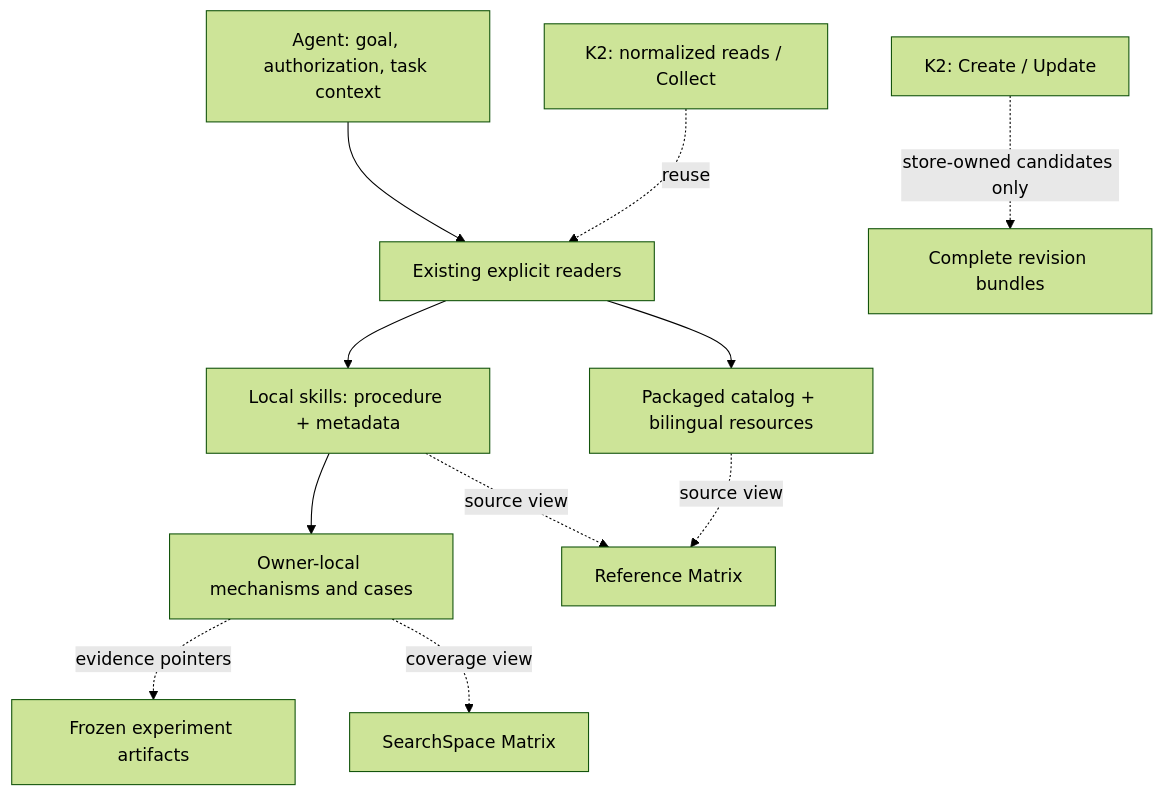
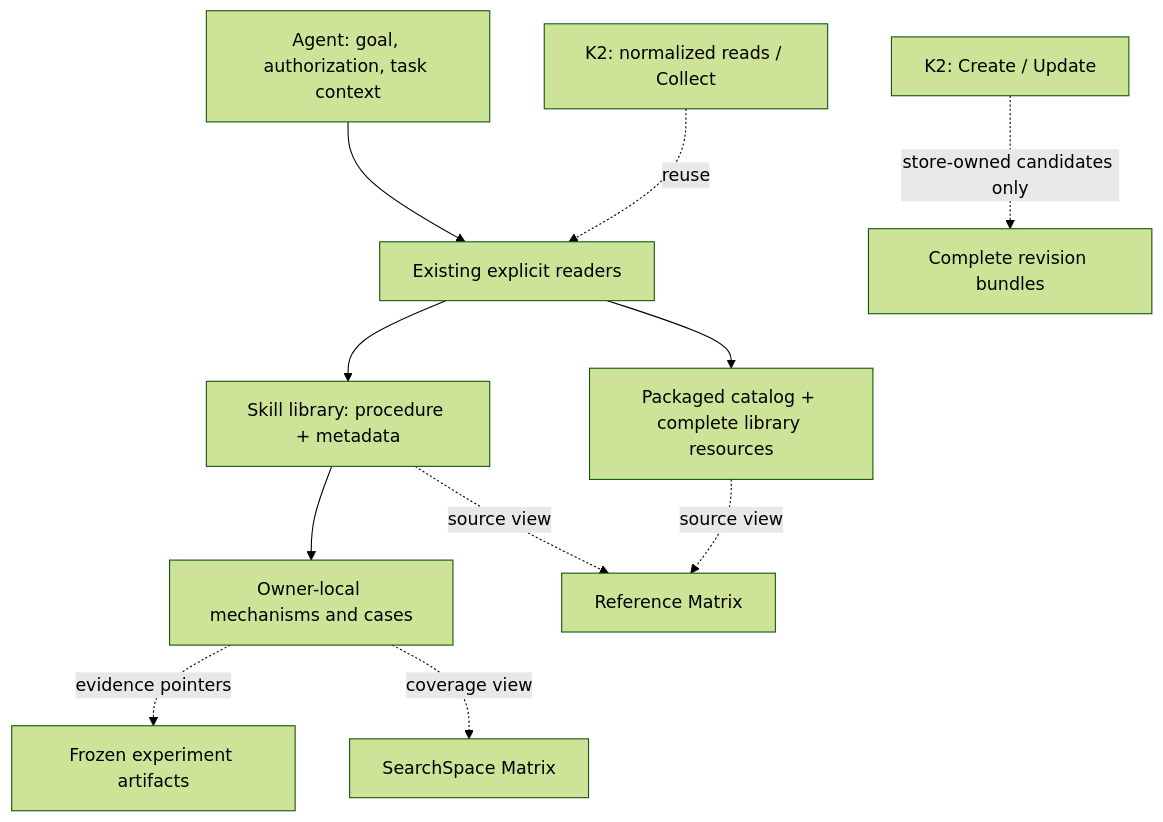
Before and after one commit to InferMatrixLab/InferRSI: the diagram in docs/knowledge-base.md, drawn with Mermaid (forest theme). The commit also changed other lines of this file and 272 other files, not shown here.

First line of the commit message:
Organize complete skill content in the packaged library

````diff
--- a/docs/knowledge-base.md
+++ b/docs/knowledge-base.md
@@ -30,13 +38,13 @@
 ```mermaid
 flowchart TB
     A["Agent: goal, authorization, task context"] --> R["Existing explicit readers"]
-    R --> L["Local skills: procedure + metadata"]
-    R --> P["Packaged catalog + bilingual resources"]
+    R --> L["Skill library: procedure + metadata"]
+    R --> P["Packaged catalog + complete library resources"]
     L --> C["Owner-local mechanisms and cases"]
     C -. "evidence pointers" .-> E["Frozen experiment artifacts"]
     L -. "source view" .-> M1["Reference Matrix"]
     P -. "source view" .-> M1
     C -. "coverage view" .-> M2["SearchSpace Matrix"]
     O["K2: normalized reads / Collect"] -. "reuse" .-> R
     W["K2: Create / Update"] -. "store-owned candidates only" .-> B["Complete revision bundles"]
 ```
````
